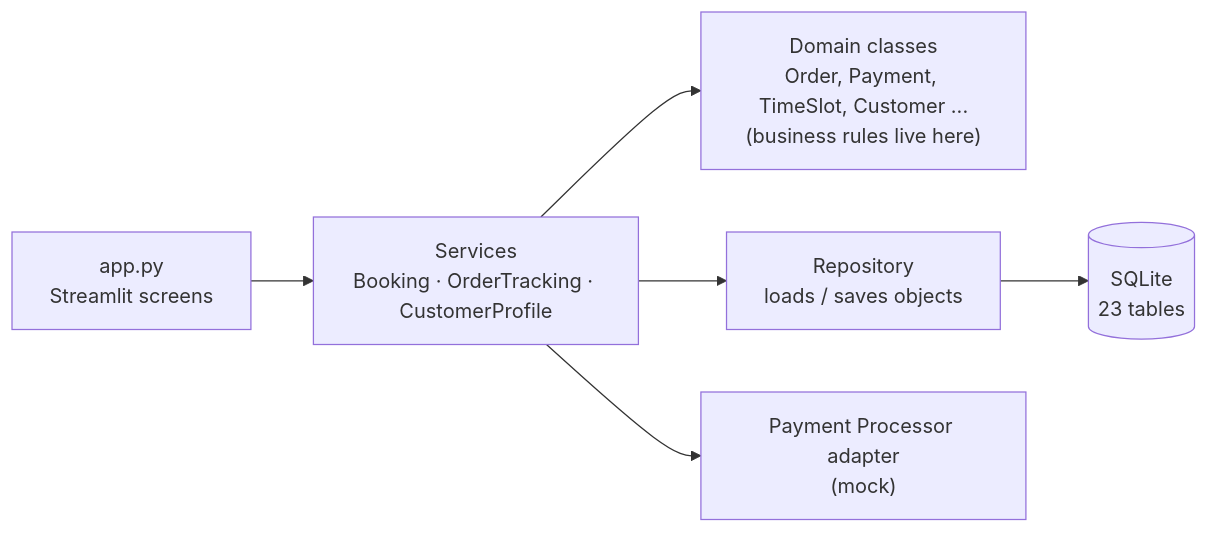
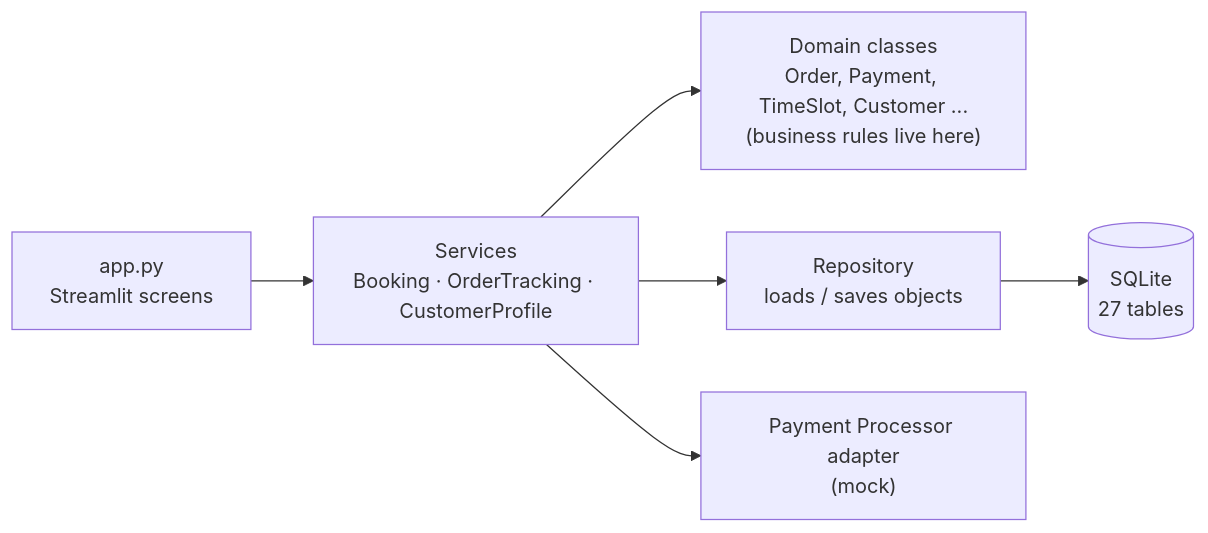
Before and after one commit to arsalanakbzx/zippywash-prototype: the first of 2 diagrams in README.md, drawn with Mermaid. The commit also changed other lines of this file and 2 other files, not shown here.

````diff
--- a/README.md
+++ b/README.md
@@ -43,8 +50,8 @@
 ```mermaid
 flowchart LR
     UI["app.py<br/>Streamlit screens"] --> S["Services<br/>Booking · OrderTracking · CustomerProfile"]
     S --> D["Domain classes<br/>Order, Payment, TimeSlot, Customer ...<br/>(business rules live here)"]
     S --> R["Repository<br/>loads / saves objects"]
-    R --> DB[("SQLite<br/>23 tables")]
+    R --> DB[("SQLite<br/>27 tables")]
     S --> PP["Payment Processor adapter<br/>(mock)"]
 ```
````
